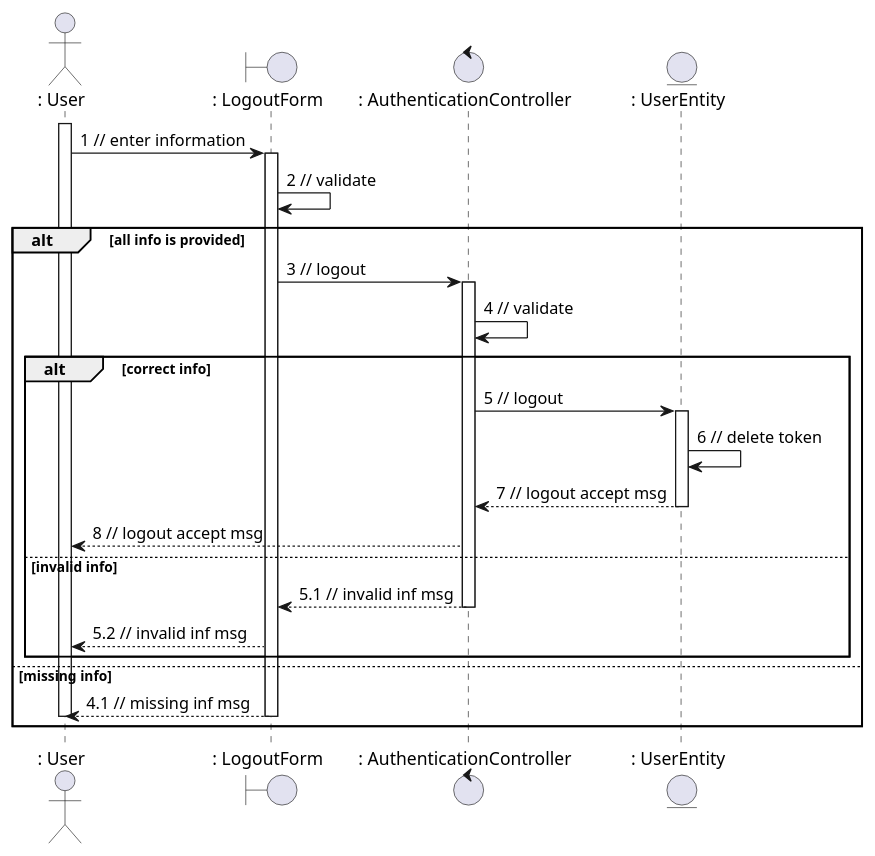
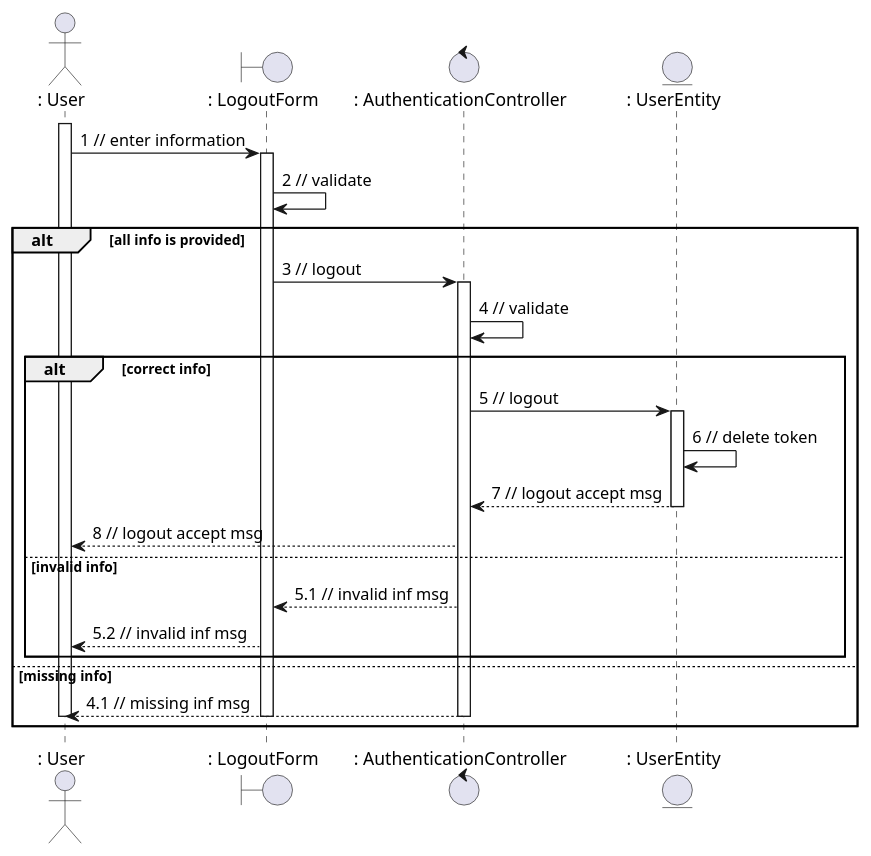
Before and after one commit to anonyhostvn/OOAD-Diagram: the diagram in sequence - analysis/authentication/logout.plantuml, drawn with PlantUML. The commit also changed 10 other files, not shown here.

Commit message:
sua loi sequence diagram

```diff
--- a/sequence - analysis/authentication/logout.plantuml
+++ b/sequence - analysis/authentication/logout.plantuml
@@ -1,39 +1,40 @@
 @startuml
 actor ": User"
 boundary ": LogoutForm"
 control ": AuthenticationController"
 entity ": UserEntity"
 activate ": User"
 ": User" -> ": LogoutForm" : 1 // enter information
 activate ": LogoutForm"
 ": LogoutForm" -> ": LogoutForm" : 2 // validate
 alt all info is provided
 
 ": LogoutForm" -> ": AuthenticationController" : 3 // logout
 activate ": AuthenticationController"
 ": AuthenticationController" -> ": AuthenticationController" : 4 // validate
 
 alt correct info
 
 ": AuthenticationController" -> ": UserEntity" : 5 // logout
 activate ": UserEntity"
 ": UserEntity" -> ": UserEntity" : 6 // delete token
 ": UserEntity" --> ": AuthenticationController" : 7 // logout accept msg
 deactivate ": UserEntity"
 ": AuthenticationController" --> ": User" : 8 // logout accept msg
 
 else invalid info
 
 ": AuthenticationController" --> ": LogoutForm" : 5.1 // invalid inf msg
-deactivate ": AuthenticationController"
+
 ": LogoutForm" --> ": User" : 5.2 // invalid inf msg
 
 end
 
 else missing info
 
-": LogoutForm" --> ": User" : 4.1 // missing inf msg
+": AuthenticationController" --> ": User" : 4.1 // missing inf msg
 deactivate ": LogoutForm"
+deactivate ": AuthenticationController"
 deactivate ": User"
 end
 @enduml
```
